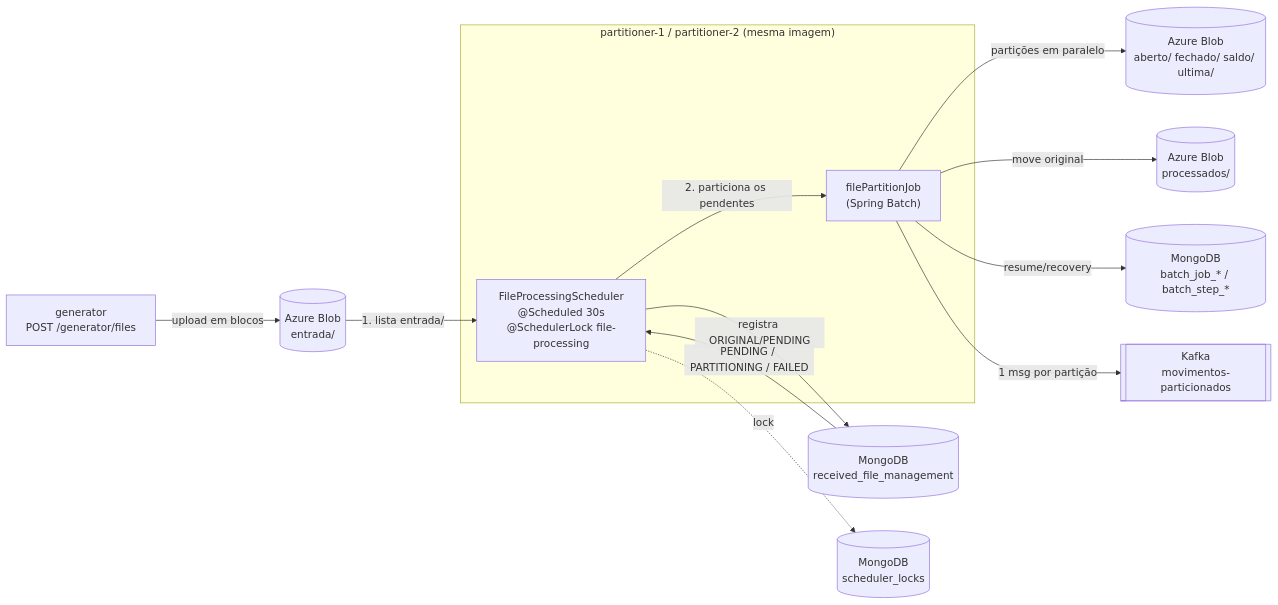
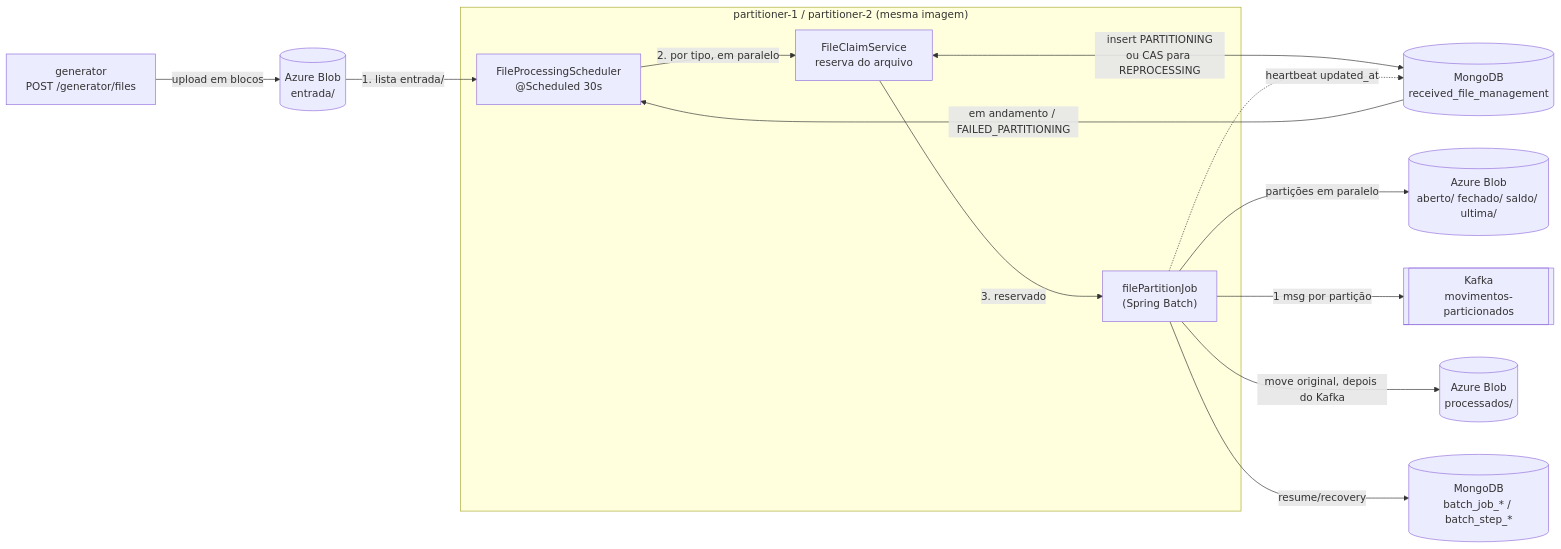
The first of 2 diagrams in docs/ARCHITECTURE.md (AlexandreSouzaRocha/poc-spring-batch-scheduled-lock), drawn with Mermaid before and after one commit. The commit also changed other lines of this file and 3 other files, not shown here.

Commit message:
Documenta a reserva de arquivos, o heartbeat e o fencing

````diff
--- a/docs/ARCHITECTURE.md
+++ b/docs/ARCHITECTURE.md
@@ -5,19 +5,21 @@
 ```mermaid
 flowchart LR
     GEN["generator<br/>POST /generator/files"] -->|upload em blocos| IN[("Azure Blob<br/>entrada/")]
 
     subgraph PART["partitioner-1 / partitioner-2 (mesma imagem)"]
-        CYCLE["FileProcessingScheduler<br/>@Scheduled 30s<br/>@SchedulerLock file-processing"]
+        CYCLE["FileProcessingScheduler<br/>@Scheduled 30s"]
+        CLAIM["FileClaimService<br/>reserva do arquivo"]
         JOB["filePartitionJob<br/>(Spring Batch)"]
-        CYCLE -->|2. particiona os pendentes| JOB
+        CYCLE -->|2. por tipo, em paralelo| CLAIM
+        CLAIM -->|3. reservado| JOB
     end
 
     IN -->|1. lista entrada/| CYCLE
-    CYCLE -->|registra ORIGINAL/PENDING| RFM[("MongoDB<br/>received_file_management")]
-    RFM -->|PENDING / PARTITIONING / FAILED| CYCLE
+    CLAIM <-->|insert PARTITIONING<br/>ou CAS para REPROCESSING| RFM[("MongoDB<br/>received_file_management")]
+    RFM -->|em andamento / FAILED_PARTITIONING| CYCLE
+    JOB -.->|heartbeat updated_at| RFM
     JOB -->|partições em paralelo| OUT[("Azure Blob<br/>aberto/ fechado/ saldo/ ultima/")]
-    JOB -->|move original| PROC[("Azure Blob<br/>processados/")]
+    JOB -->|1 msg por partição| KAFKA[["Kafka<br/>movimentos-particionados"]]
+    JOB -->|move original, depois do Kafka| PROC[("Azure Blob<br/>processados/")]
     JOB -->|resume/recovery| JR[("MongoDB<br/>batch_job_* / batch_step_*")]
-    JOB -->|1 msg por partição| KAFKA[["Kafka<br/>movimentos-particionados"]]
-    CYCLE -.->|lock| LOCK[("MongoDB<br/>scheduler_locks")]
 ```
````
